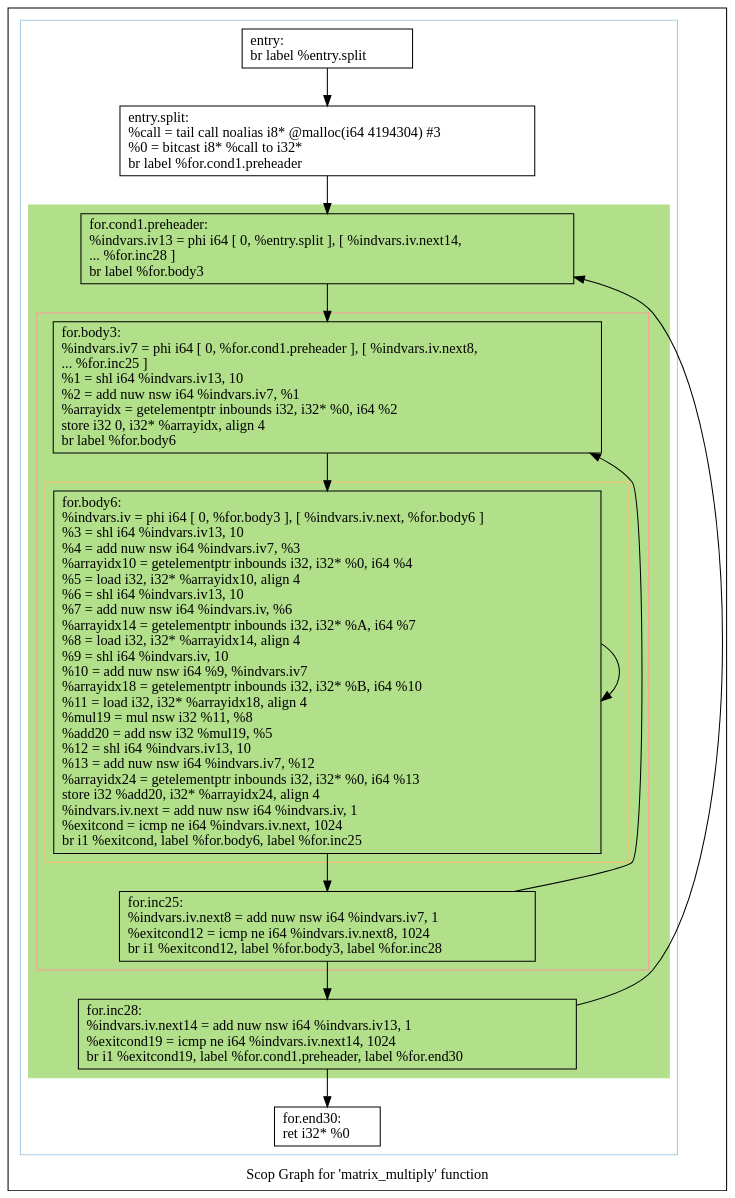
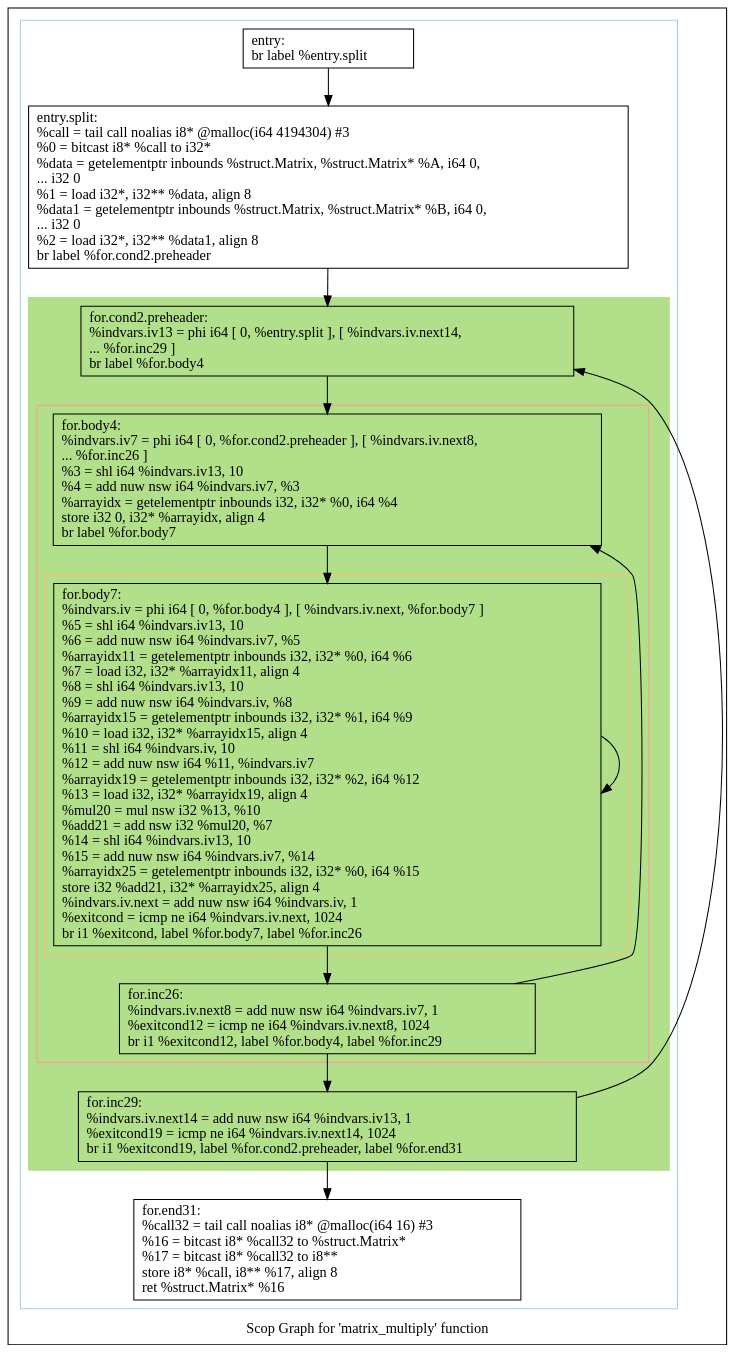
One commit to samminweng/WhileyOpenCL changed the diagram in polly/MatrixMult/impl/handwritten2/dot/scops.matrix_multiply.dot. Above: the diagram before and after it, drawn with Graphviz. The commit also changed 38 other files, not shown here.

```diff
--- a/polly/MatrixMult/impl/handwritten2/dot/scops.matrix_multiply.dot
+++ b/polly/MatrixMult/impl/handwritten2/dot/scops.matrix_multiply.dot
@@ -1,50 +1,50 @@
 digraph "Scop Graph for 'matrix_multiply' function" {
 	label="Scop Graph for 'matrix_multiply' function";
 
-	Node0x5f46980 [shape=record,label="{entry:\l  br label %entry.split\l}"];
-	Node0x5f46980 -> Node0x5f49030;
-	Node0x5f49030 [shape=record,label="{entry.split:                                      \l  %call = tail call noalias i8* @malloc(i64 4194304) #3\l  %0 = bitcast i8* %call to i32*\l  br label %for.cond1.preheader\l}"];
-	Node0x5f49030 -> Node0x5f4b670;
-	Node0x5f4b670 [shape=record,label="{for.cond1.preheader:                              \l  %indvars.iv13 = phi i64 [ 0, %entry.split ], [ %indvars.iv.next14,\l... %for.inc28 ]\l  br label %for.body3\l}"];
-	Node0x5f4b670 -> Node0x5f49000;
-	Node0x5f49000 [shape=record,label="{for.body3:                                        \l  %indvars.iv7 = phi i64 [ 0, %for.cond1.preheader ], [ %indvars.iv.next8,\l... %for.inc25 ]\l  %1 = shl i64 %indvars.iv13, 10\l  %2 = add nuw nsw i64 %indvars.iv7, %1\l  %arrayidx = getelementptr inbounds i32, i32* %0, i64 %2\l  store i32 0, i32* %arrayidx, align 4\l  br label %for.body6\l}"];
-	Node0x5f49000 -> Node0x5f4b880;
-	Node0x5f4b880 [shape=record,label="{for.body6:                                        \l  %indvars.iv = phi i64 [ 0, %for.body3 ], [ %indvars.iv.next, %for.body6 ]\l  %3 = shl i64 %indvars.iv13, 10\l  %4 = add nuw nsw i64 %indvars.iv7, %3\l  %arrayidx10 = getelementptr inbounds i32, i32* %0, i64 %4\l  %5 = load i32, i32* %arrayidx10, align 4\l  %6 = shl i64 %indvars.iv13, 10\l  %7 = add nuw nsw i64 %indvars.iv, %6\l  %arrayidx14 = getelementptr inbounds i32, i32* %A, i64 %7\l  %8 = load i32, i32* %arrayidx14, align 4\l  %9 = shl i64 %indvars.iv, 10\l  %10 = add nuw nsw i64 %9, %indvars.iv7\l  %arrayidx18 = getelementptr inbounds i32, i32* %B, i64 %10\l  %11 = load i32, i32* %arrayidx18, align 4\l  %mul19 = mul nsw i32 %11, %8\l  %add20 = add nsw i32 %mul19, %5\l  %12 = shl i64 %indvars.iv13, 10\l  %13 = add nuw nsw i64 %indvars.iv7, %12\l  %arrayidx24 = getelementptr inbounds i32, i32* %0, i64 %13\l  store i32 %add20, i32* %arrayidx24, align 4\l  %indvars.iv.next = add nuw nsw i64 %indvars.iv, 1\l  %exitcond = icmp ne i64 %indvars.iv.next, 1024\l  br i1 %exitcond, label %for.body6, label %for.inc25\l}"];
-	Node0x5f4b880 -> Node0x5f4b880[constraint=false];
-	Node0x5f4b880 -> Node0x5f4b930;
-	Node0x5f4b930 [shape=record,label="{for.inc25:                                        \l  %indvars.iv.next8 = add nuw nsw i64 %indvars.iv7, 1\l  %exitcond12 = icmp ne i64 %indvars.iv.next8, 1024\l  br i1 %exitcond12, label %for.body3, label %for.inc28\l}"];
-	Node0x5f4b930 -> Node0x5f49000[constraint=false];
-	Node0x5f4b930 -> Node0x5f4b990;
-	Node0x5f4b990 [shape=record,label="{for.inc28:                                        \l  %indvars.iv.next14 = add nuw nsw i64 %indvars.iv13, 1\l  %exitcond19 = icmp ne i64 %indvars.iv.next14, 1024\l  br i1 %exitcond19, label %for.cond1.preheader, label %for.end30\l}"];
-	Node0x5f4b990 -> Node0x5f4b670[constraint=false];
-	Node0x5f4b990 -> Node0x5f4b9f0;
-	Node0x5f4b9f0 [shape=record,label="{for.end30:                                        \l  ret i32* %0\l}"];
+	Node0x5bc04c0 [shape=record,label="{entry:\l  br label %entry.split\l}"];
+	Node0x5bc04c0 -> Node0x5bc0b50;
+	Node0x5bc0b50 [shape=record,label="{entry.split:                                      \l  %call = tail call noalias i8* @malloc(i64 4194304) #3\l  %0 = bitcast i8* %call to i32*\l  %data = getelementptr inbounds %struct.Matrix, %struct.Matrix* %A, i64 0,\l... i32 0\l  %1 = load i32*, i32** %data, align 8\l  %data1 = getelementptr inbounds %struct.Matrix, %struct.Matrix* %B, i64 0,\l... i32 0\l  %2 = load i32*, i32** %data1, align 8\l  br label %for.cond2.preheader\l}"];
+	Node0x5bc0b50 -> Node0x5bc0ae0;
+	Node0x5bc0ae0 [shape=record,label="{for.cond2.preheader:                              \l  %indvars.iv13 = phi i64 [ 0, %entry.split ], [ %indvars.iv.next14,\l... %for.inc29 ]\l  br label %for.body4\l}"];
+	Node0x5bc0ae0 -> Node0x5bbbe90;
+	Node0x5bbbe90 [shape=record,label="{for.body4:                                        \l  %indvars.iv7 = phi i64 [ 0, %for.cond2.preheader ], [ %indvars.iv.next8,\l... %for.inc26 ]\l  %3 = shl i64 %indvars.iv13, 10\l  %4 = add nuw nsw i64 %indvars.iv7, %3\l  %arrayidx = getelementptr inbounds i32, i32* %0, i64 %4\l  store i32 0, i32* %arrayidx, align 4\l  br label %for.body7\l}"];
+	Node0x5bbbe90 -> Node0x5bc0a70;
+	Node0x5bc0a70 [shape=record,label="{for.body7:                                        \l  %indvars.iv = phi i64 [ 0, %for.body4 ], [ %indvars.iv.next, %for.body7 ]\l  %5 = shl i64 %indvars.iv13, 10\l  %6 = add nuw nsw i64 %indvars.iv7, %5\l  %arrayidx11 = getelementptr inbounds i32, i32* %0, i64 %6\l  %7 = load i32, i32* %arrayidx11, align 4\l  %8 = shl i64 %indvars.iv13, 10\l  %9 = add nuw nsw i64 %indvars.iv, %8\l  %arrayidx15 = getelementptr inbounds i32, i32* %1, i64 %9\l  %10 = load i32, i32* %arrayidx15, align 4\l  %11 = shl i64 %indvars.iv, 10\l  %12 = add nuw nsw i64 %11, %indvars.iv7\l  %arrayidx19 = getelementptr inbounds i32, i32* %2, i64 %12\l  %13 = load i32, i32* %arrayidx19, align 4\l  %mul20 = mul nsw i32 %13, %10\l  %add21 = add nsw i32 %mul20, %7\l  %14 = shl i64 %indvars.iv13, 10\l  %15 = add nuw nsw i64 %indvars.iv7, %14\l  %arrayidx25 = getelementptr inbounds i32, i32* %0, i64 %15\l  store i32 %add21, i32* %arrayidx25, align 4\l  %indvars.iv.next = add nuw nsw i64 %indvars.iv, 1\l  %exitcond = icmp ne i64 %indvars.iv.next, 1024\l  br i1 %exitcond, label %for.body7, label %for.inc26\l}"];
+	Node0x5bc0a70 -> Node0x5bc0a70[constraint=false];
+	Node0x5bc0a70 -> Node0x5bc7e30;
+	Node0x5bc7e30 [shape=record,label="{for.inc26:                                        \l  %indvars.iv.next8 = add nuw nsw i64 %indvars.iv7, 1\l  %exitcond12 = icmp ne i64 %indvars.iv.next8, 1024\l  br i1 %exitcond12, label %for.body4, label %for.inc29\l}"];
+	Node0x5bc7e30 -> Node0x5bbbe90[constraint=false];
+	Node0x5bc7e30 -> Node0x5bc7e50;
+	Node0x5bc7e50 [shape=record,label="{for.inc29:                                        \l  %indvars.iv.next14 = add nuw nsw i64 %indvars.iv13, 1\l  %exitcond19 = icmp ne i64 %indvars.iv.next14, 1024\l  br i1 %exitcond19, label %for.cond2.preheader, label %for.end31\l}"];
+	Node0x5bc7e50 -> Node0x5bc0ae0[constraint=false];
+	Node0x5bc7e50 -> Node0x5bc2850;
+	Node0x5bc2850 [shape=record,label="{for.end31:                                        \l  %call32 = tail call noalias i8* @malloc(i64 16) #3\l  %16 = bitcast i8* %call32 to %struct.Matrix*\l  %17 = bitcast i8* %call32 to i8**\l  store i8* %call, i8** %17, align 8\l  ret %struct.Matrix* %16\l}"];
 	colorscheme = "paired12"
-        subgraph cluster_0x5f227c0 {
+        subgraph cluster_0x5b9dd20 {
           label = "";
           style = solid;
           color = 1
-          subgraph cluster_0x5f42a80 {
+          subgraph cluster_0x5bbc3e0 {
             label = "";
             style = filled;
-            color = 3            subgraph cluster_0x5f22840 {
+            color = 3            subgraph cluster_0x5b9dda0 {
               label = "";
               style = solid;
               color = 5
-              subgraph cluster_0x5f425f0 {
+              subgraph cluster_0x5bbbf50 {
                 label = "";
                 style = solid;
                 color = 7
-                Node0x5f4b880;
+                Node0x5bc0a70;
               }
-              Node0x5f49000;
-              Node0x5f4b930;
+              Node0x5bbbe90;
+              Node0x5bc7e30;
             }
-            Node0x5f4b670;
-            Node0x5f4b990;
+            Node0x5bc0ae0;
+            Node0x5bc7e50;
           }
-          Node0x5f46980;
-          Node0x5f49030;
-          Node0x5f4b9f0;
+          Node0x5bc04c0;
+          Node0x5bc0b50;
+          Node0x5bc2850;
         }
 }
```
